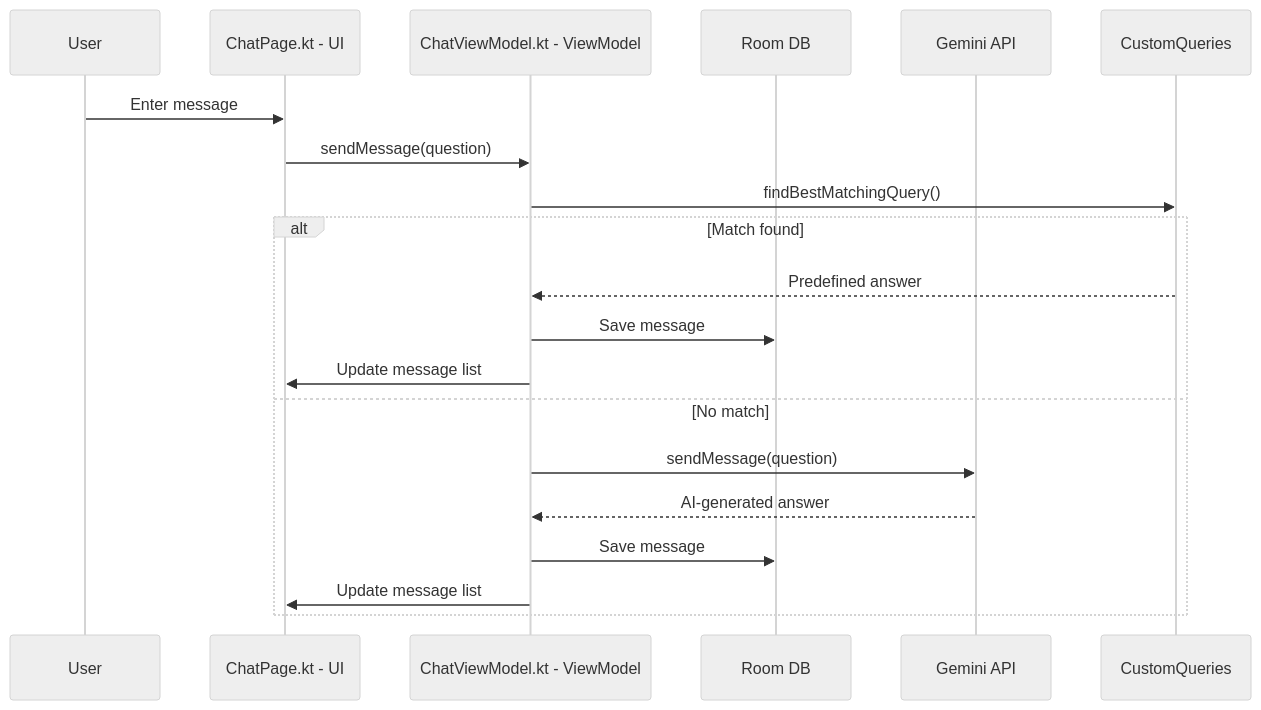
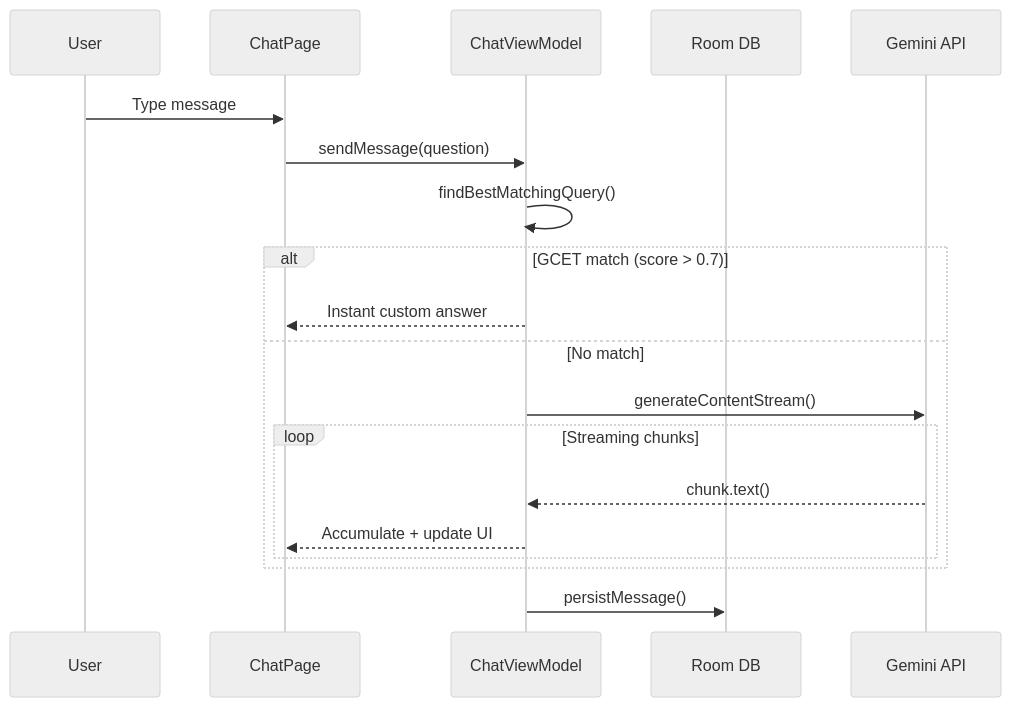
One commit to Yashvvvv/GCET_CONNECT changed the first of 2 diagrams in README.md. Above: the diagram before and after it, drawn with Mermaid (neutral theme). The commit also changed other lines of this file, not shown here.

First line of the commit message:
Implement Hilt DI, add AI-powered Study feature with quiz generation, and refactor Chat for streaming responses and improved UI/UX

````diff
--- a/README.md
+++ b/README.md
@@ -94,23 +55,22 @@
 ```mermaid
 sequenceDiagram
     participant User
-    participant UI as ChatPage.kt - UI
-    participant VM as ChatViewModel.kt - ViewModel
-    participant DB as Room DB
-    participant AI as Gemini API
-    participant CQ as CustomQueries
+    participant ChatPage
+    participant ChatViewModel
+    participant Room DB
+    participant Gemini API
 
-    User->>UI: Enter message
-    UI->>VM: sendMessage(question)
-    VM->>CQ: findBestMatchingQuery()
-    alt Match found
-        CQ-->>VM: Predefined answer
-        VM->>DB: Save message
-        VM->>UI: Update message list
+    User->>ChatPage: Type message
+    ChatPage->>ChatViewModel: sendMessage(question)
+    ChatViewModel->>ChatViewModel: findBestMatchingQuery()
+    alt GCET match (score > 0.7)
+        ChatViewModel-->>ChatPage: Instant custom answer
     else No match
-        VM->>AI: sendMessage(question)
-        AI-->>VM: AI-generated answer
-        VM->>DB: Save message
-        VM->>UI: Update message list
+        ChatViewModel->>Gemini API: generateContentStream()
+        loop Streaming chunks
+            Gemini API-->>ChatViewModel: chunk.text()
+            ChatViewModel-->>ChatPage: Accumulate + update UI
+        end
     end
+    ChatViewModel->>Room DB: persistMessage()
 ```
````
